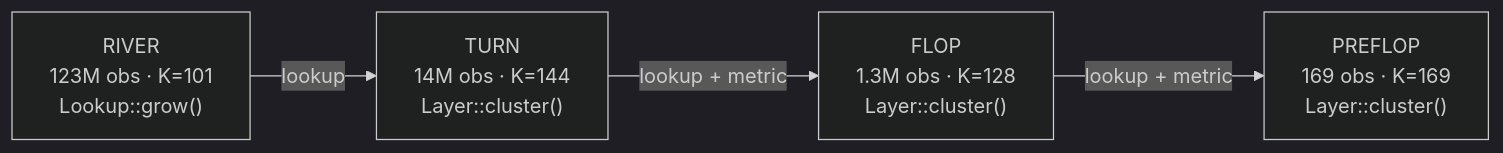
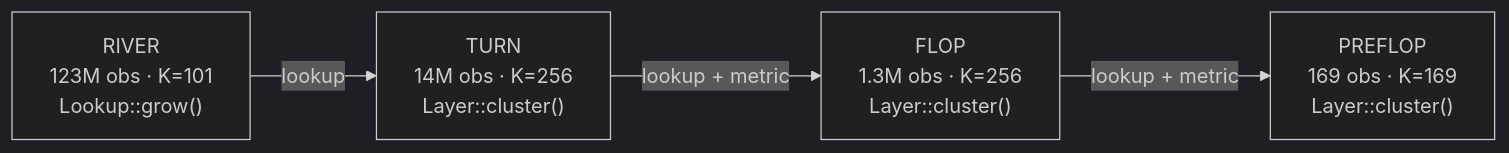
Before and after one commit to krukah/robopoker: the second of 9 diagrams in crates/forge/README.md, drawn with Mermaid (dark theme). The commit also changed other lines of this file and 26 other files, not shown here.

````diff
--- a/crates/forge/README.md
+++ b/crates/forge/README.md
@@ -51,6 +57,6 @@
 ```mermaid
 flowchart LR
-  River["RIVER<br/>123M obs · K=101<br/>Lookup::grow()"] -->|lookup| Turn["TURN<br/>14M obs · K=144<br/>Layer::cluster()"]
-  Turn -->|lookup + metric| Flop["FLOP<br/>1.3M obs · K=128<br/>Layer::cluster()"]
+  River["RIVER<br/>123M obs · K=101<br/>Lookup::grow()"] -->|lookup| Turn["TURN<br/>14M obs · K=256<br/>Layer::cluster()"]
+  Turn -->|lookup + metric| Flop["FLOP<br/>1.3M obs · K=256<br/>Layer::cluster()"]
   Flop -->|lookup + metric| Preflop["PREFLOP<br/>169 obs · K=169<br/>Layer::cluster()"]
 ```
````
